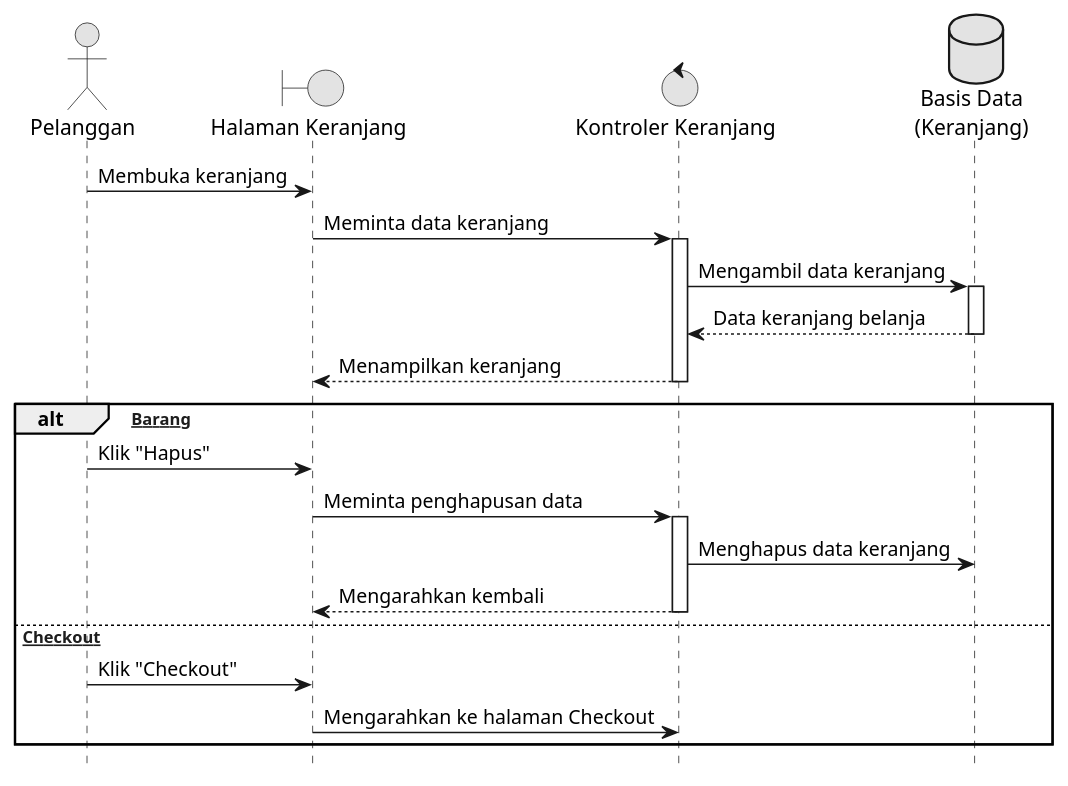
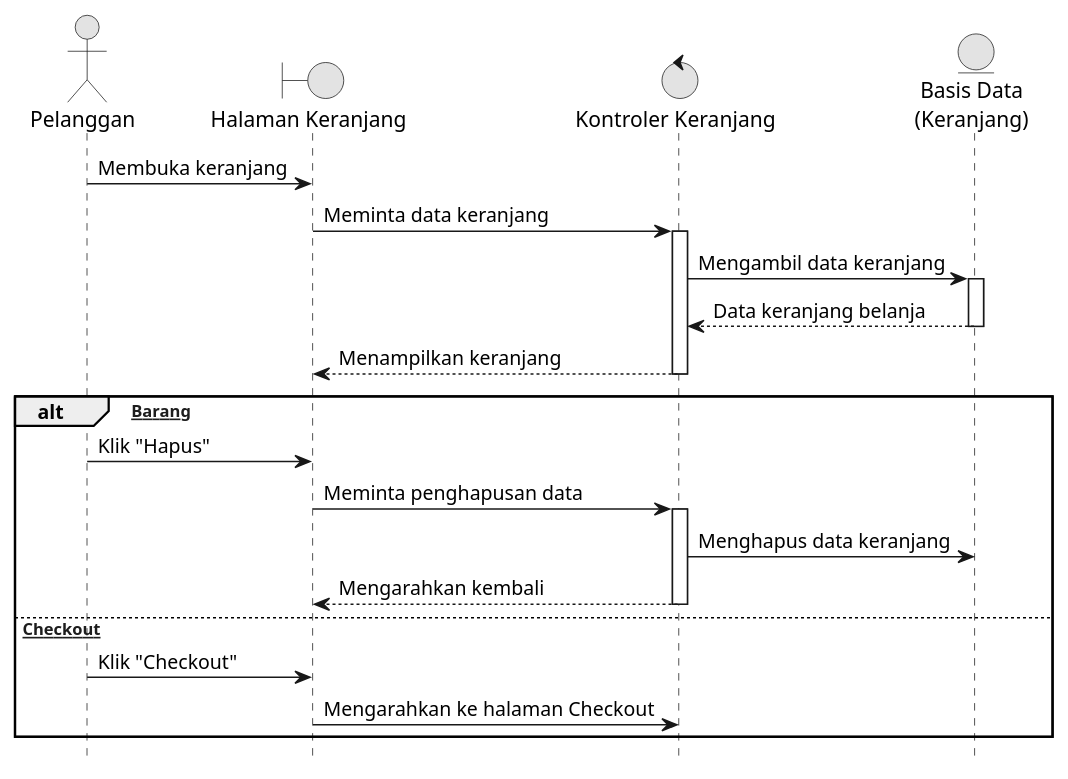
Before and after one commit to Reyonl/project_TA: the third of 12 diagrams in docs/diagrams/semua_diagram.puml, drawn with PlantUML. The commit also changed other lines of this file and 18 other files, not shown here.

```diff
--- a/docs/diagrams/semua_diagram.puml
+++ b/docs/diagrams/semua_diagram.puml
@@ -70,32 +70,32 @@
 @startuml 03_Kelola_Keranjang
 hide footbox
 skinparam monochrome true
 skinparam shadowing false
 
 actor "Pelanggan" as Customer
 boundary "Halaman Keranjang" as View
 control "Kontroler Keranjang" as Controller
-database "Basis Data\n(Keranjang)" as DB
+entity "Basis Data\n(Keranjang)" as DB
 
 Customer -> View : Membuka keranjang
 View -> Controller : Meminta data keranjang
 activate Controller
 Controller -> DB : Mengambil data keranjang
 activate DB
 DB --> Controller : Data keranjang belanja
 deactivate DB
 Controller --> View : Menampilkan keranjang
 deactivate Controller
 
 alt [Hapus Barang]
     Customer -> View : Klik "Hapus"
     View -> Controller : Meminta penghapusan data
     activate Controller
     Controller -> DB : Menghapus data keranjang
     Controller --> View : Mengarahkan kembali
     deactivate Controller
 else [Lanjut Checkout]
     Customer -> View : Klik "Checkout"
     View -> Controller : Mengarahkan ke halaman Checkout
 end
 @enduml
```
